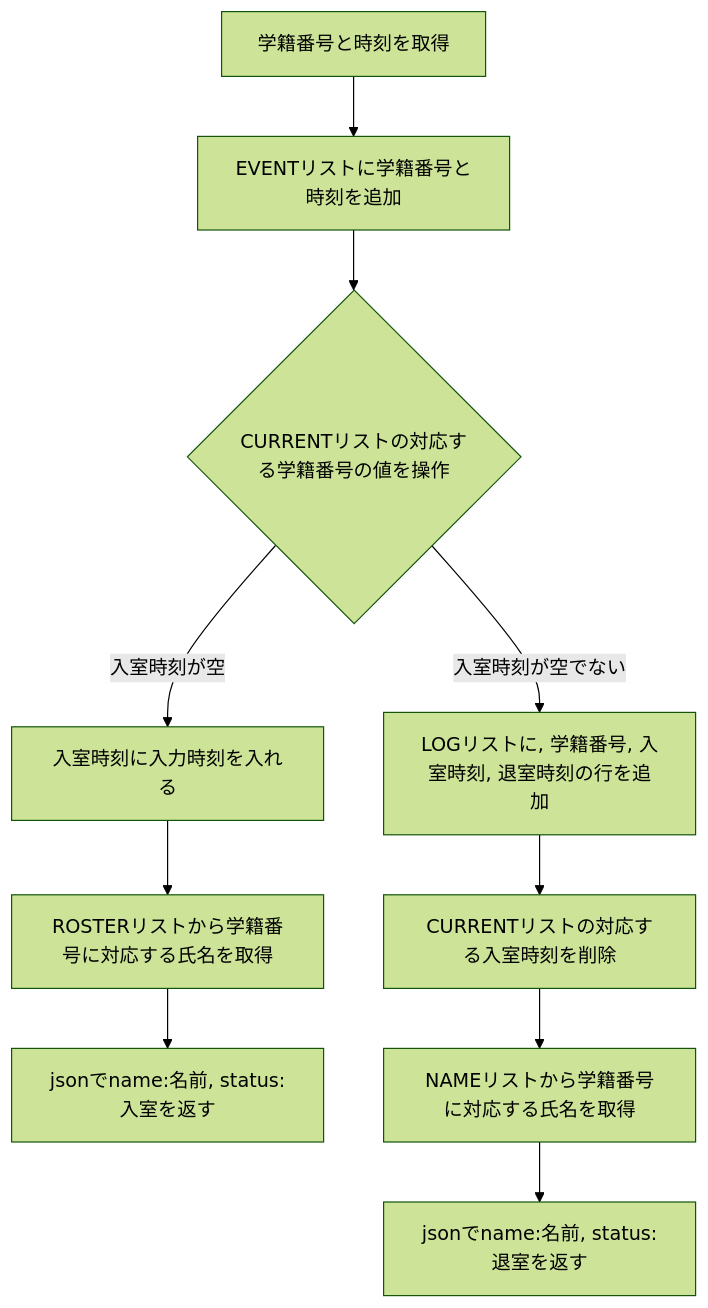
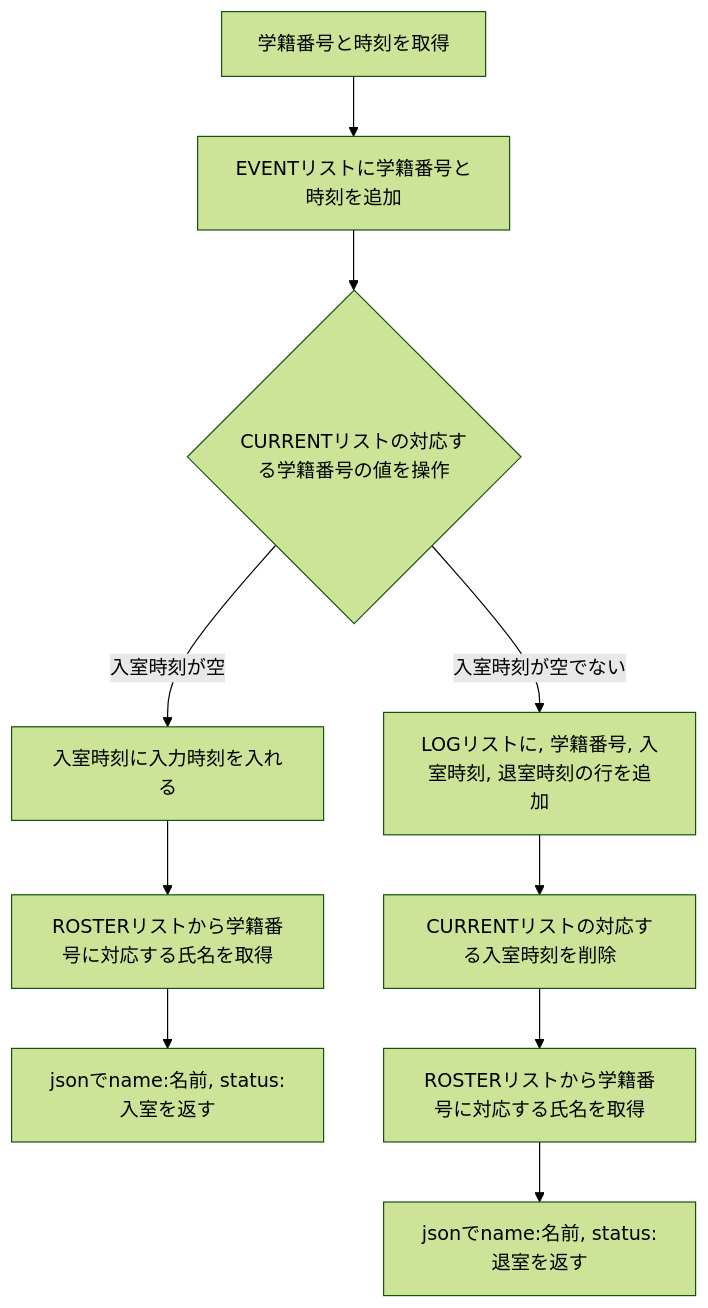
The second of 4 diagrams in README.md (KazumasaFUJIWARA/AttendanceManager), drawn with Mermaid (forest theme) before and after one commit. The commit also changed other lines of this file, not shown here.

Commit message:
Flow and POWERBI image

````diff
--- a/README.md
+++ b/README.md
@@ -17,12 +17,12 @@
 ```mermaid
 graph TD;
 	INPUT2["学籍番号と時刻を取得"] --> REC["EVENTリストに学籍番号と時刻を追加"]
 	REC-->UPD{"CURRENTリストの対応する学籍番号の値を操作"}
 	UPD-->|入室時刻が空|UPD1["入室時刻に入力時刻を入れる"]
 	UPD1-->NAME["ROSTERリストから学籍番号に対応する氏名を取得"]
 	NAME-->OUT["jsonでname:名前, status:入室を返す"]
 	UPD-->|入室時刻が空でない|UPD2["LOGリストに, 学籍番号, 入室時刻, 退室時刻の行を追加"]
 	UPD2-->UPD3["CURRENTリストの対応する入室時刻を削除"]
-	UPD3-->NAME2["NAMEリストから学籍番号に対応する氏名を取得"]
+	UPD3-->NAME2["ROSTERリストから学籍番号に対応する氏名を取得"]
 	NAME2-->OUT2["jsonでname:名前, status:退室を返す"]
 ```
````
